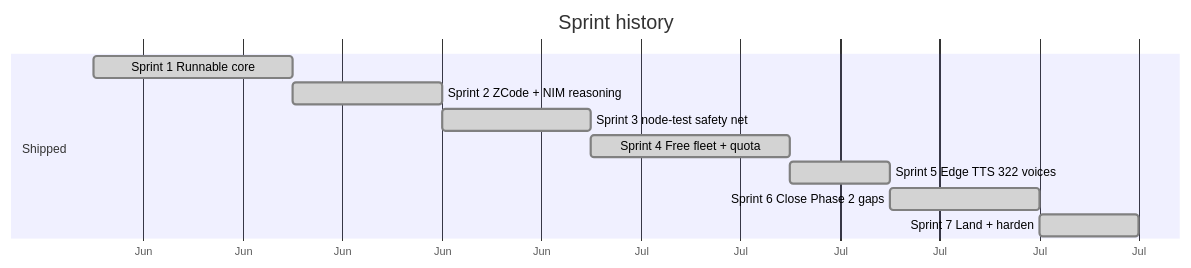
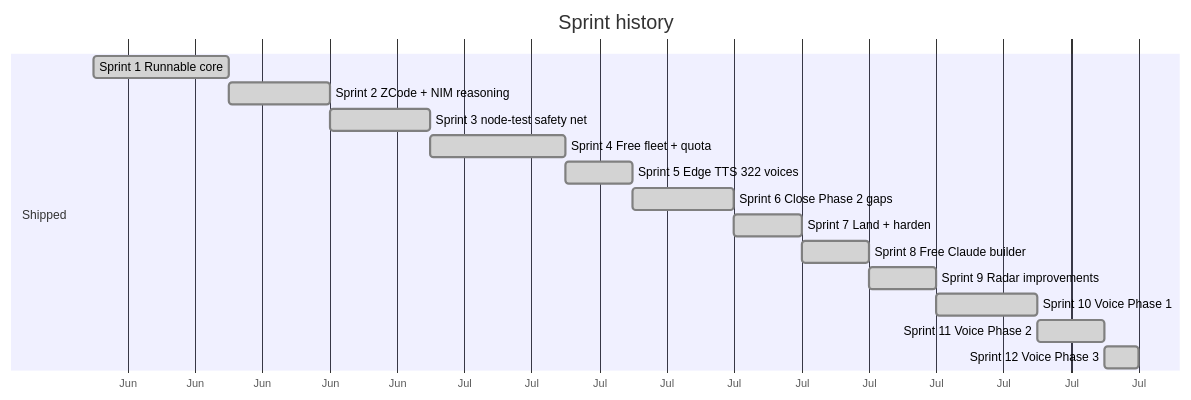
The fourth of 4 diagrams in README.md (HailLucifer666/Agent_OS), drawn with Mermaid before and after one commit. The commit also changed other lines of this file and 70 other files, not shown here.

First line of the commit message:
feat: Jarvis rebuild phases A-D — unified reactor, voice pipeline, hands-free, command deck

````diff
--- a/README.md
+++ b/README.md
@@ -272,14 +315,19 @@
 ```mermaid
 gantt
     title Sprint history
     dateFormat YYYY-MM-DD
     axisFormat %b
     section Shipped
     Sprint 1 Runnable core          :done, s1, 2026-06-20, 4d
     Sprint 2 ZCode + NIM reasoning  :done, s2, after s1, 3d
     Sprint 3 node-test safety net   :done, s3, after s2, 3d
     Sprint 4 Free fleet + quota     :done, s4, after s3, 4d
     Sprint 5 Edge TTS 322 voices    :done, s5, after s4, 2d
     Sprint 6 Close Phase 2 gaps     :done, s6, after s5, 3d
     Sprint 7 Land + harden          :done, s7, after s6, 2d
+    Sprint 8 Free Claude builder    :done, s8, after s7, 2d
+    Sprint 9 Radar improvements     :done, s9, after s8, 2d
+    Sprint 10 Voice Phase 1         :done, s10, after s9, 3d
+    Sprint 11 Voice Phase 2         :done, s11, after s10, 2d
+    Sprint 12 Voice Phase 3         :done, s12, after s11, 1d
 ```
````
